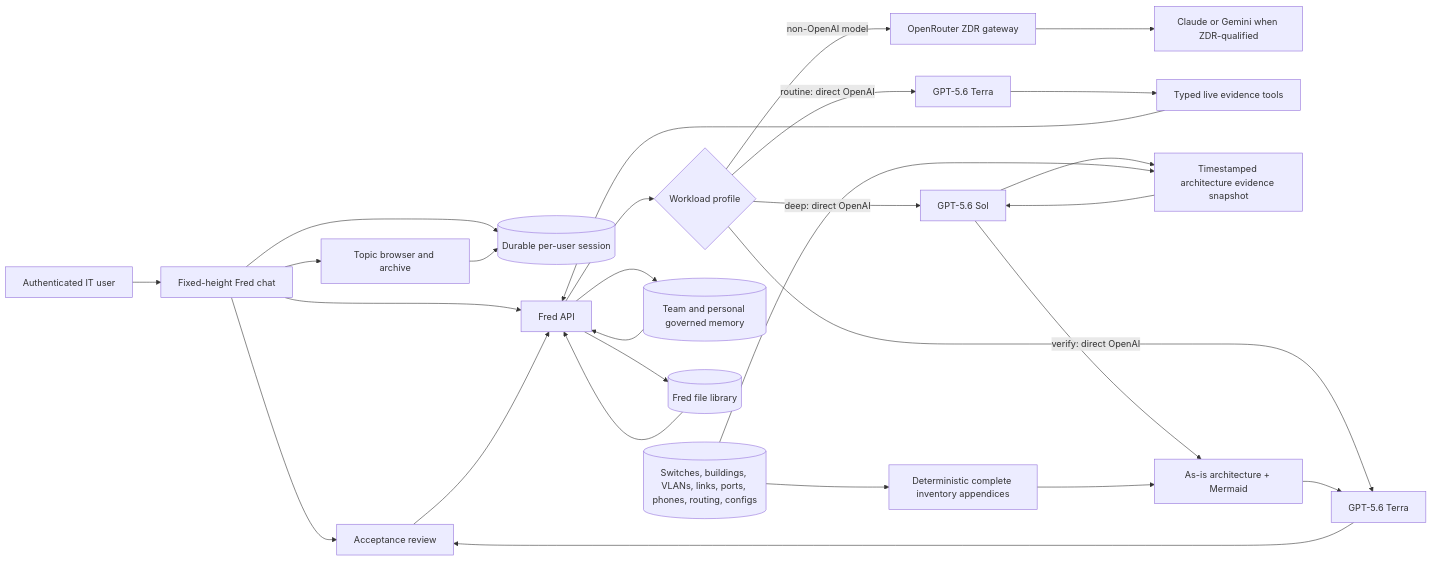
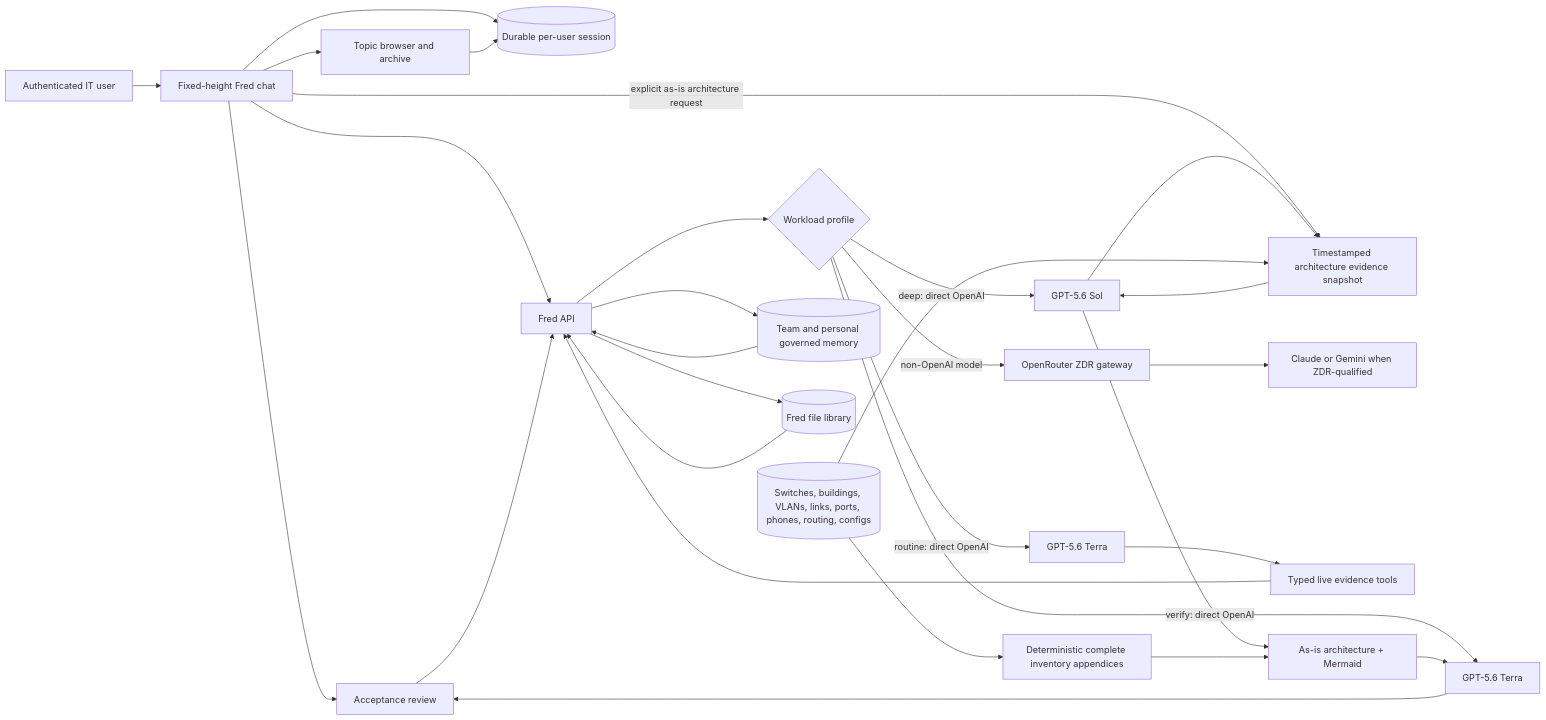
One commit to OlderschCoder/Network-Insight-Hub changed the diagram in docs/fred-model-memory-flow.mmd. Above: the diagram before and after it, drawn with Mermaid. The commit also changed 3 other files, not shown here.

First line of the commit message:
fix: route Fred architecture requests to full workflow

```diff
--- a/docs/fred-model-memory-flow.mmd
+++ b/docs/fred-model-memory-flow.mmd
@@ -1,28 +1,29 @@
 flowchart LR
   U[Authenticated IT user] --> UI[Fixed-height Fred chat]
   UI --> S[(Durable per-user session)]
   UI --> H[Topic browser and archive]
   H --> S
   UI --> A[Protected active incident state]
   UI --> API[Fred API]
+  UI -->|explicit as-is architecture request| SNAP
   A --> API
   API --> R{Workload profile}
   R -->|routine: direct OpenAI| T[GPT-5.6 Terra]
   R -->|deep: direct OpenAI| C[GPT-5.6 Sol]
   R -->|verify: direct OpenAI| V[GPT-5.6 Terra]
   R -->|non-OpenAI model| OR[OpenRouter ZDR gateway]
   OR --> X[Claude or Gemini when ZDR-qualified]
   T --> TOOLS[Typed live evidence tools]
   C --> SNAP[Timestamped architecture evidence snapshot]
   DB[(Switches, buildings, VLANs, links, ports, phones, routing, configs)] --> SNAP
   SNAP --> C
   C --> D[As-is architecture + Mermaid]
   DB --> APP[Deterministic complete inventory appendices]
   APP --> D
   D --> V
   V --> A[Acceptance review]
   API --> M[(Team and personal governed memory)]
   API --> F[(Fred file library)]
   TOOLS --> API
   M --> API
   F --> API
```
